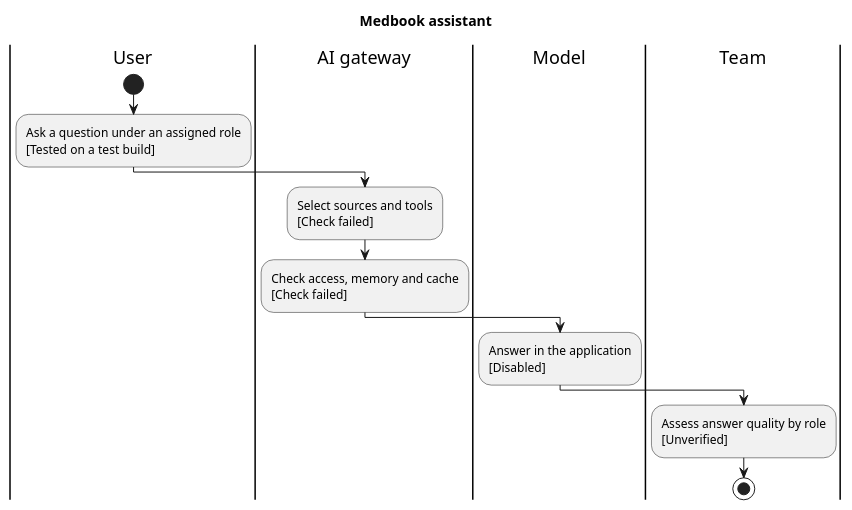
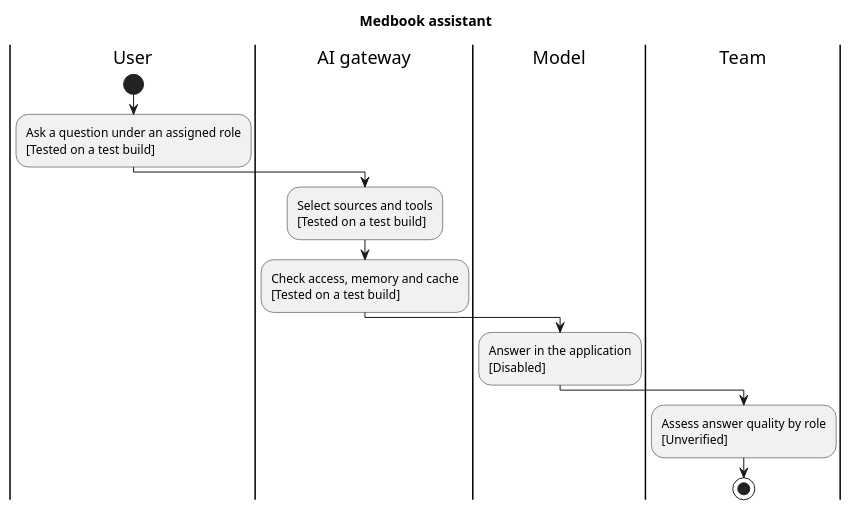
The diagram in ai-en.puml (medbookdev/medbook-readiness), drawn with PlantUML before and after one commit. The commit also changed 11 other files, not shown here.

```diff
--- a/ai-en.puml
+++ b/ai-en.puml
@@ -1,16 +1,16 @@
 @startuml
 title Medbook assistant
 |User|
 start
 |User|
 :Ask a question under an assigned role\n[Tested on a test build];
 |AI gateway|
-:Select sources and tools\n[Check failed];
+:Select sources and tools\n[Tested on a test build];
 |AI gateway|
-:Check access, memory and cache\n[Check failed];
+:Check access, memory and cache\n[Tested on a test build];
 |Model|
 :Answer in the application\n[Disabled];
 |Team|
 :Assess answer quality by role\n[Unverified];
 stop
 @enduml
```
